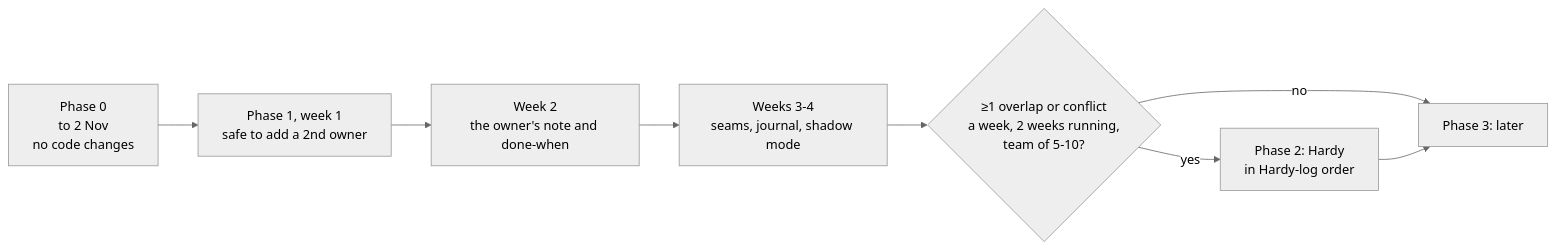
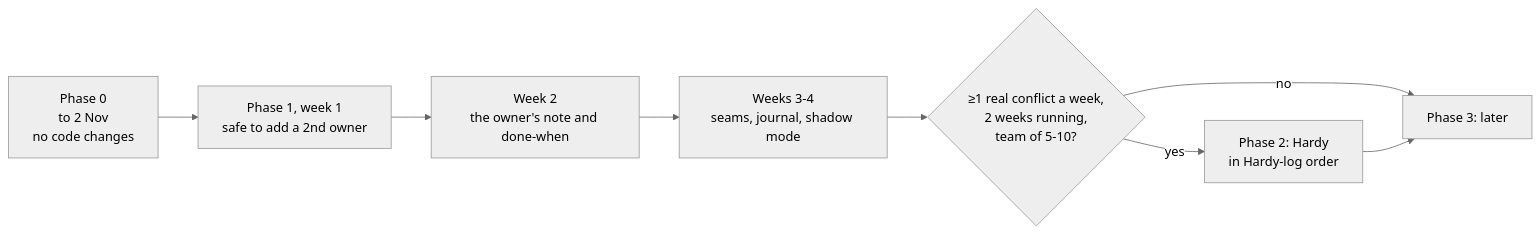
One commit to singularity-inc-dev/aurora changed the diagram in docs/design/ROADMAP.md. Above: the diagram before and after it, drawn with Mermaid (neutral theme). The commit also changed other lines of this file and 1 other file, not shown here.

````diff
--- a/docs/design/ROADMAP.md
+++ b/docs/design/ROADMAP.md
@@ -9,10 +9,10 @@
 ```mermaid
 flowchart LR
   P0["Phase 0<br/>to 2 Nov<br/>no code changes"] --> P1a["Phase 1, week 1<br/>safe to add a 2nd owner"]
   P1a --> P1b["Week 2<br/>the owner's note and done-when"]
   P1b --> P1c["Weeks 3-4<br/>seams, journal, shadow mode"]
-  P1c --> G{"≥1 overlap or conflict<br/>a week, 2 weeks running,<br/>team of 5-10?"}
+  P1c --> G{"≥1 real conflict a week,<br/>2 weeks running,<br/>team of 5-10?"}
   G -- yes --> P2["Phase 2: Hardy<br/>in Hardy-log order"]
   G -- no --> P3["Phase 3: later"]
   P2 --> P3
 ```
````
